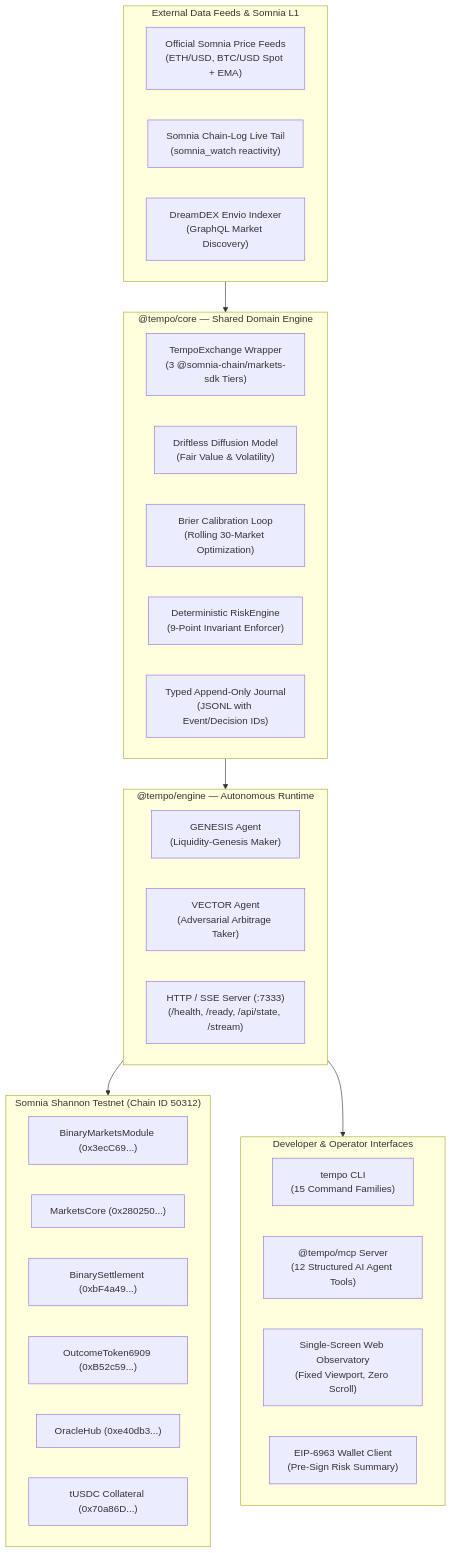
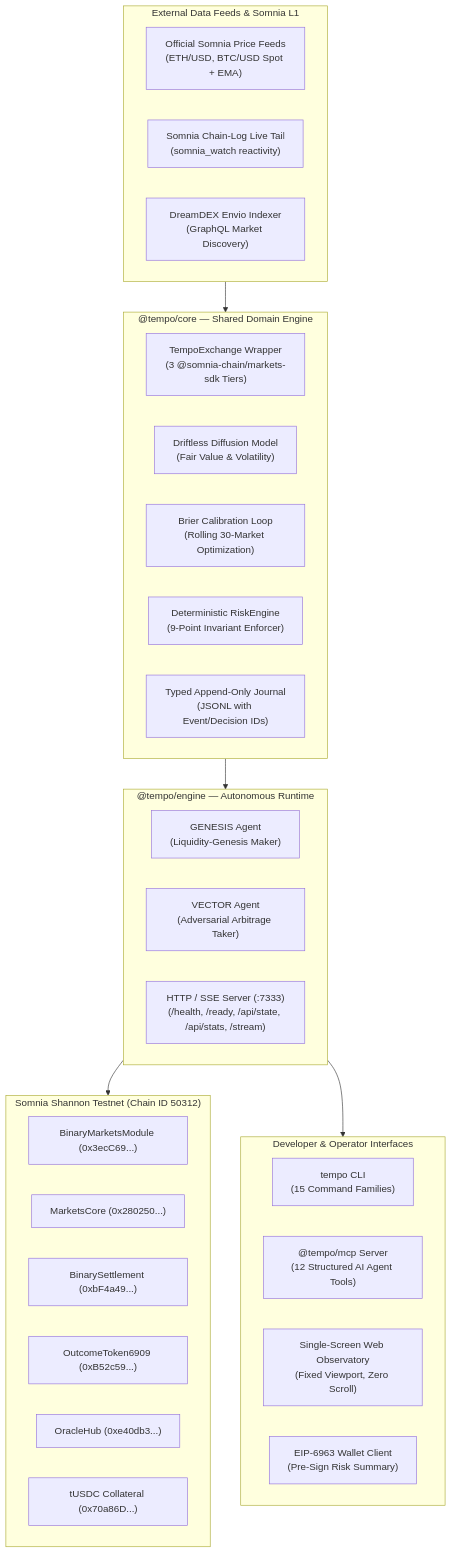
The third of 3 diagrams in README.md (Kevincruz2005/Tempo), drawn with Mermaid before and after one commit. The commit also changed other lines of this file and 17 other files, not shown here.

````diff
--- a/README.md
+++ b/README.md
@@ -337,43 +337,43 @@
 ```mermaid
 graph TD
     subgraph DataSources["External Data Feeds & Somnia L1"]
         Feed["Official Somnia Price Feeds<br/>(ETH/USD, BTC/USD Spot + EMA)"]
         Tail["Somnia Chain-Log Live Tail<br/>(somnia_watch reactivity)"]
         Indexer["DreamDEX Envio Indexer<br/>(GraphQL Market Discovery)"]
     end
 
     subgraph CoreLayer["@tempo/core — Shared Domain Engine"]
         Exchange["TempoExchange Wrapper<br/>(3 @somnia-chain/markets-sdk Tiers)"]
         FV["Driftless Diffusion Model<br/>(Fair Value & Volatility)"]
         Calib["Brier Calibration Loop<br/>(Rolling 30-Market Optimization)"]
         Risk["Deterministic RiskEngine<br/>(9-Point Invariant Enforcer)"]
         Journal["Typed Append-Only Journal<br/>(JSONL with Event/Decision IDs)"]
     end
 
     subgraph EngineLayer["@tempo/engine — Autonomous Runtime"]
         GEN["GENESIS Agent<br/>(Liquidity-Genesis Maker)"]
         VEC["VECTOR Agent<br/>(Adversarial Arbitrage Taker)"]
-        HTTP["HTTP / SSE Server (:7333)<br/>(/health, /ready, /api/state, /stream)"]
+        HTTP["HTTP / SSE Server (:7333)<br/>(/health, /ready, /api/state, /api/stats, /stream)"]
     end
 
     subgraph Surfaces["Developer & Operator Interfaces"]
         CLI["tempo CLI<br/>(15 Command Families)"]
         MCP["@tempo/mcp Server<br/>(12 Structured AI Agent Tools)"]
         Web["Single-Screen Web Observatory<br/>(Fixed Viewport, Zero Scroll)"]
         Wallet["EIP-6963 Wallet Client<br/>(Pre-Sign Risk Summary)"]
     end
 
     subgraph Blockchain["Somnia Shannon Testnet (Chain ID 50312)"]
         Module["BinaryMarketsModule (0x3ecC69...)"]
         Core["MarketsCore (0x280250...)"]
         Settlement["BinarySettlement (0xbF4a49...)"]
         Tokens["OutcomeToken6909 (0xB52c59...)"]
         Oracle["OracleHub (0xe40db3...)"]
         Collateral["tUSDC Collateral (0x70a86D...)"]
     end
 
     DataSources --> CoreLayer
     CoreLayer --> EngineLayer
     EngineLayer --> Blockchain
     EngineLayer --> Surfaces
 ```
````
